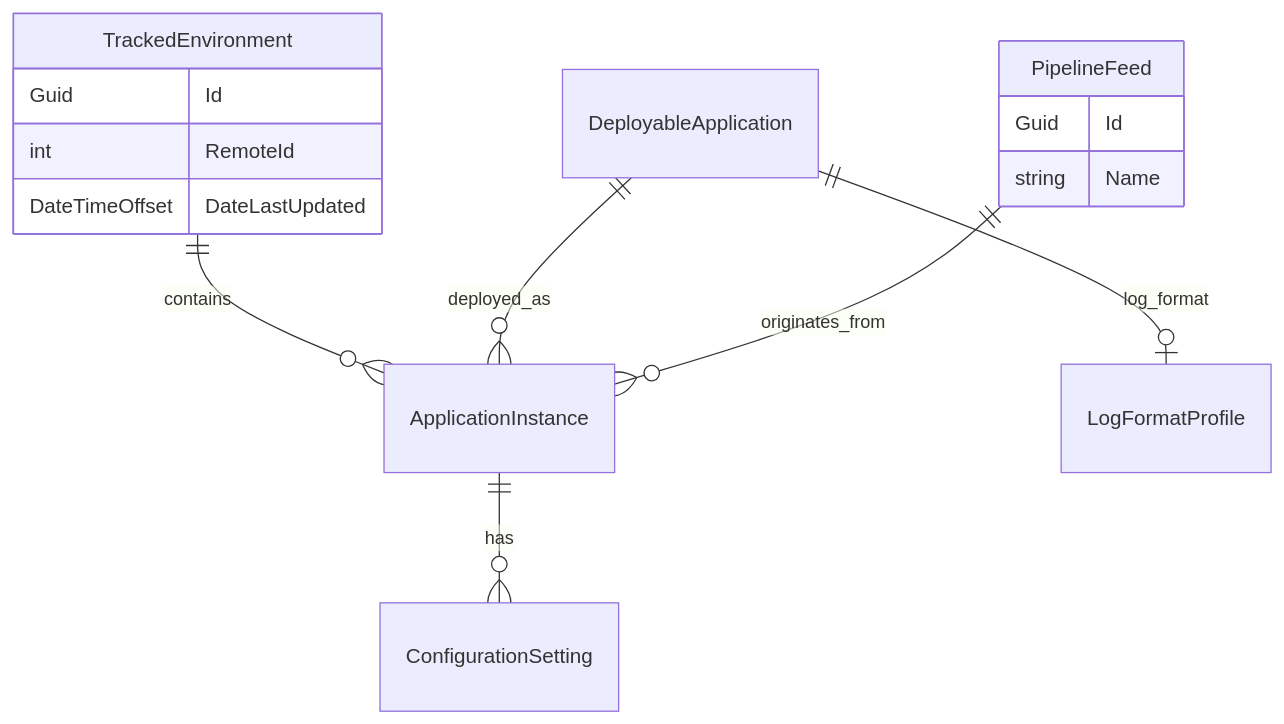
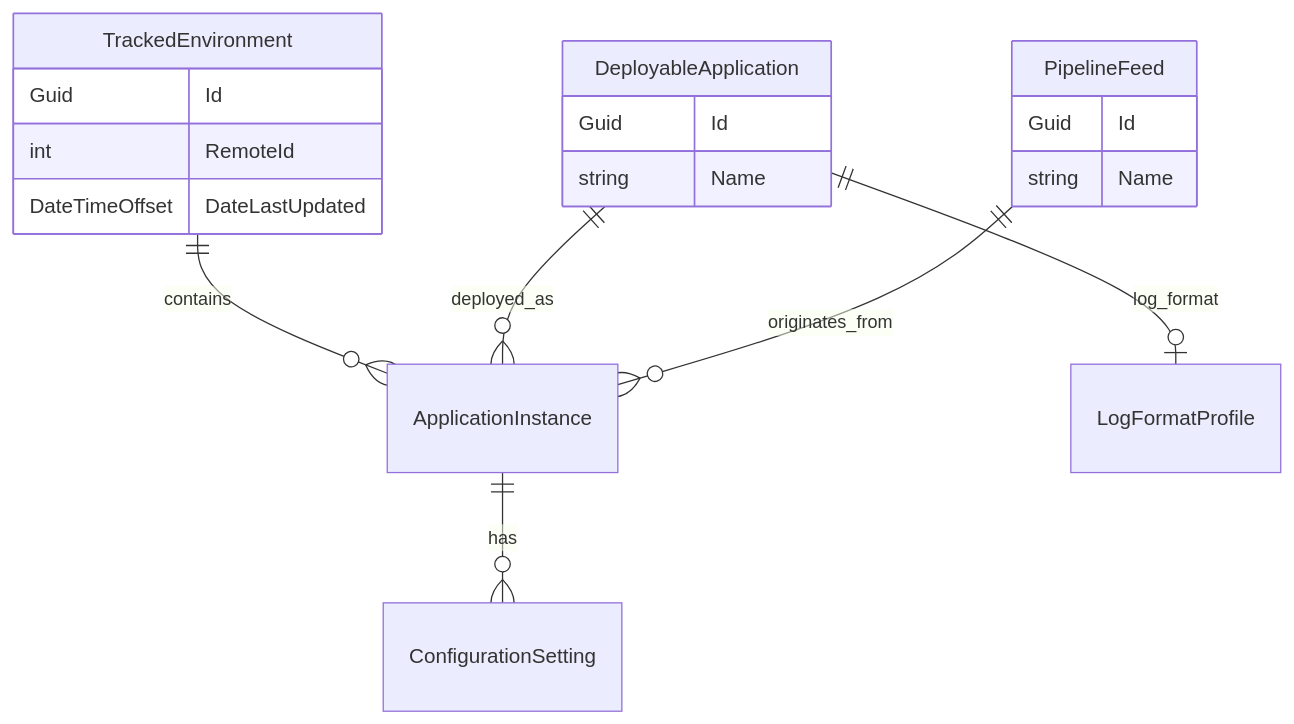
One commit to e-manual-goldstein/digital-services-dev-dash changed the diagram in docs/backlog.md. Above: the diagram before and after it, drawn with Mermaid. The commit also changed other lines of this file and 10 other files, not shown here.

````diff
--- a/docs/backlog.md
+++ b/docs/backlog.md
@@ -78,17 +77,21 @@
 ```mermaid
 erDiagram
     TrackedEnvironment ||--o{ ApplicationInstance : contains
     DeployableApplication ||--o{ ApplicationInstance : deployed_as
     PipelineFeed ||--o{ ApplicationInstance : originates_from
     DeployableApplication ||--o| LogFormatProfile : log_format
     ApplicationInstance ||--o{ ConfigurationSetting : has
     TrackedEnvironment {
         Guid Id
         int RemoteId
         DateTimeOffset DateLastUpdated
     }
     PipelineFeed {
         Guid Id
         string Name
     }
+    DeployableApplication {
+        Guid Id
+        string Name
+    }
 ```
````
